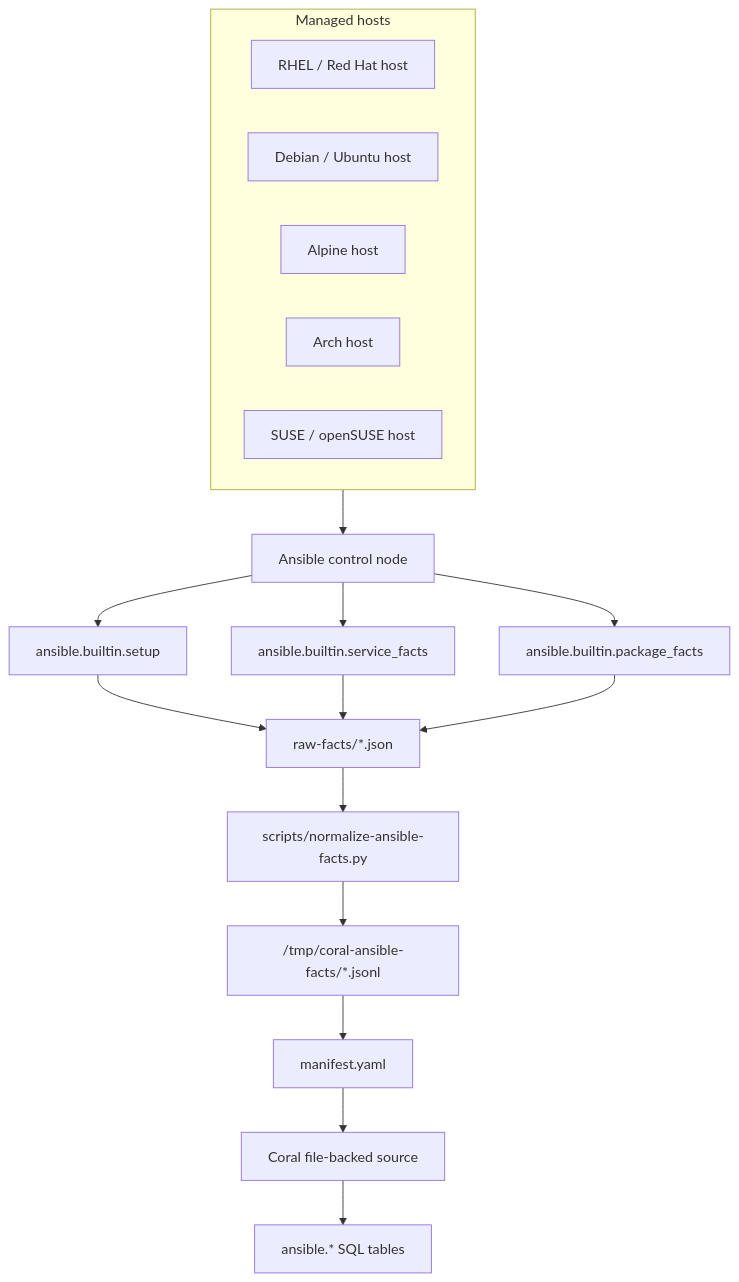
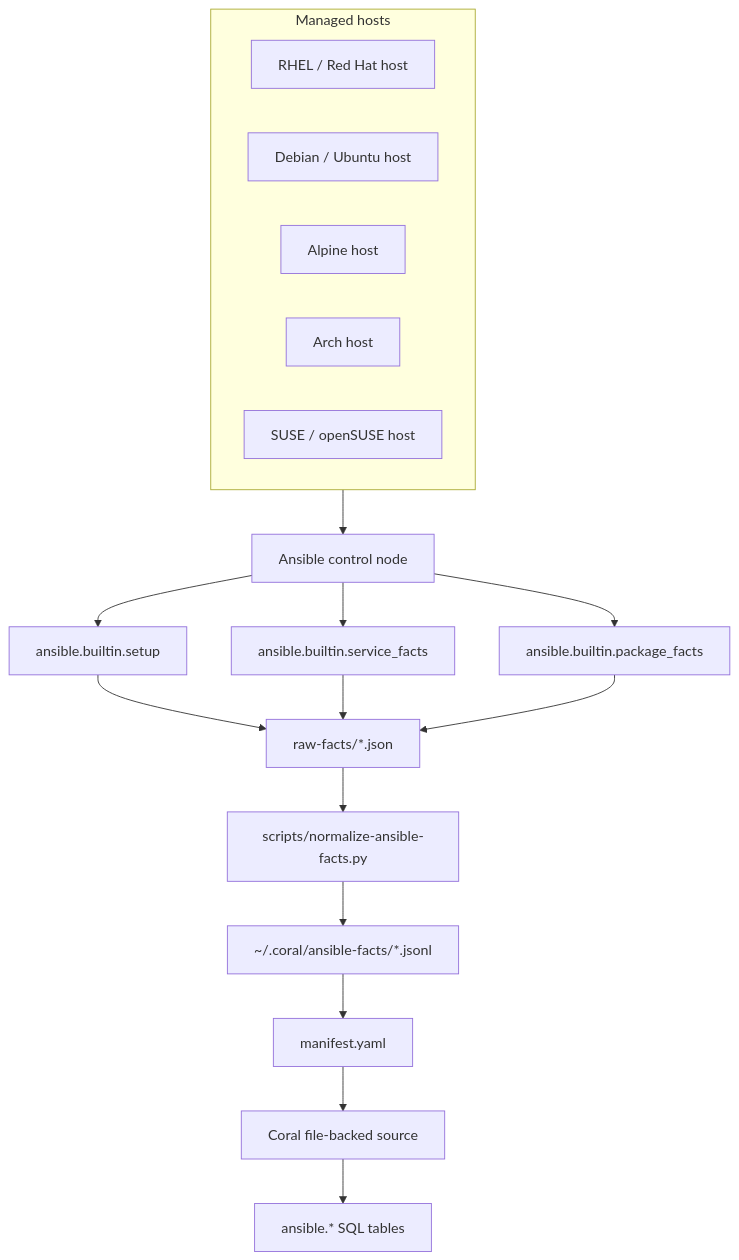
One commit to withcoral/coral changed the first of 2 diagrams in sources/community/ansible/docs/DESIGN.md. Above: the diagram before and after it, drawn with Mermaid. The commit also changed other lines of this file and 7 other files, not shown here.

````diff
--- a/sources/community/ansible/docs/DESIGN.md
+++ b/sources/community/ansible/docs/DESIGN.md
@@ -91,27 +91,27 @@
 ```mermaid
 flowchart TD
   subgraph Managed["Managed hosts"]
     RHEL["RHEL / Red Hat host"]
     Debian["Debian / Ubuntu host"]
     Alpine["Alpine host"]
     Arch["Arch host"]
     SUSE["SUSE / openSUSE host"]
   end
 
   Managed --> Ansible["Ansible control node"]
 
   Ansible --> Setup["ansible.builtin.setup"]
   Ansible --> ServiceFacts["ansible.builtin.service_facts"]
   Ansible --> PackageFacts["ansible.builtin.package_facts"]
 
   Setup --> RawFacts["raw-facts/*.json"]
   ServiceFacts --> RawFacts
   PackageFacts --> RawFacts
 
   RawFacts --> Normalizer["scripts/normalize-ansible-facts.py"]
-  Normalizer --> JSONL["/tmp/coral-ansible-facts/*.jsonl"]
+  Normalizer --> JSONL["~/.coral/ansible-facts/*.jsonl"]
 
   JSONL --> Manifest["manifest.yaml"]
   Manifest --> Coral["Coral file-backed source"]
   Coral --> SQL["ansible.* SQL tables"]
 ```
````
